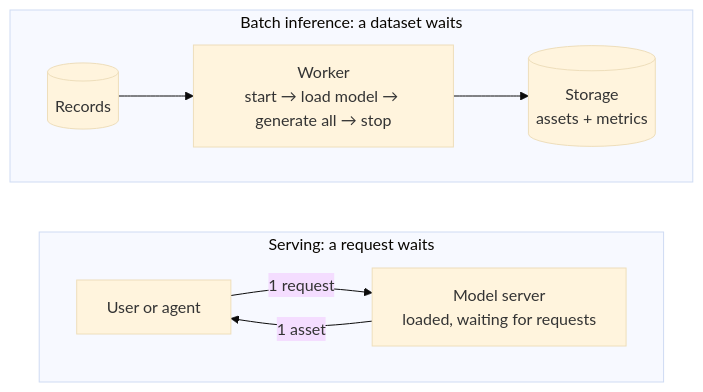
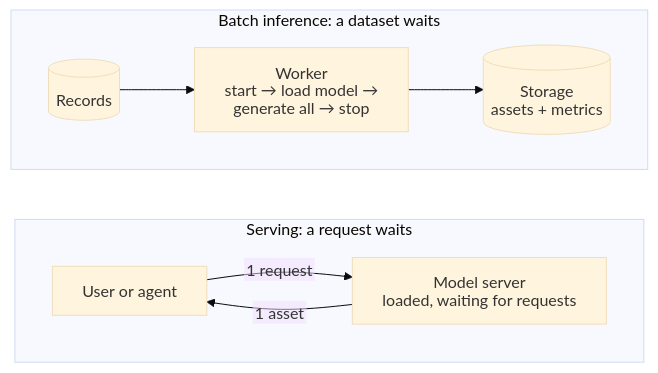
The second of 4 diagrams in 01-consistent-media-generation-on-serverless-gpus/04-serving-vs-batch.md (DataTalksClub/production-ai-agents-for-media-generation), drawn with Mermaid (base theme) before and after one commit. The commit also changed other lines of this file and 1 other file, not shown here.

Commit message:
Fix mermadi diagrams render in Github. Add pipeline diagram to 05

````diff
--- a/01-consistent-media-generation-on-serverless-gpus/04-serving-vs-batch.md
+++ b/01-consistent-media-generation-on-serverless-gpus/04-serving-vs-batch.md
@@ -74,13 +80,19 @@
 ```mermaid
+---
+config:
+  htmlLabels: false
+  flowchart:
+    htmlLabels: false
+---
 flowchart LR
     subgraph S["Serving: a request waits"]
         direction LR
         user["User or agent"] -- "1 request" --> server["Model server<br/>loaded, waiting for requests"]
         server -- "1 asset" --> user
     end
     subgraph B["Batch inference: a dataset waits"]
         direction LR
         data[("Records")] --> worker["Worker<br/>start → load model → generate all → stop"]
         worker --> store[("Storage<br/>assets + metrics")]
     end
 ```
````
